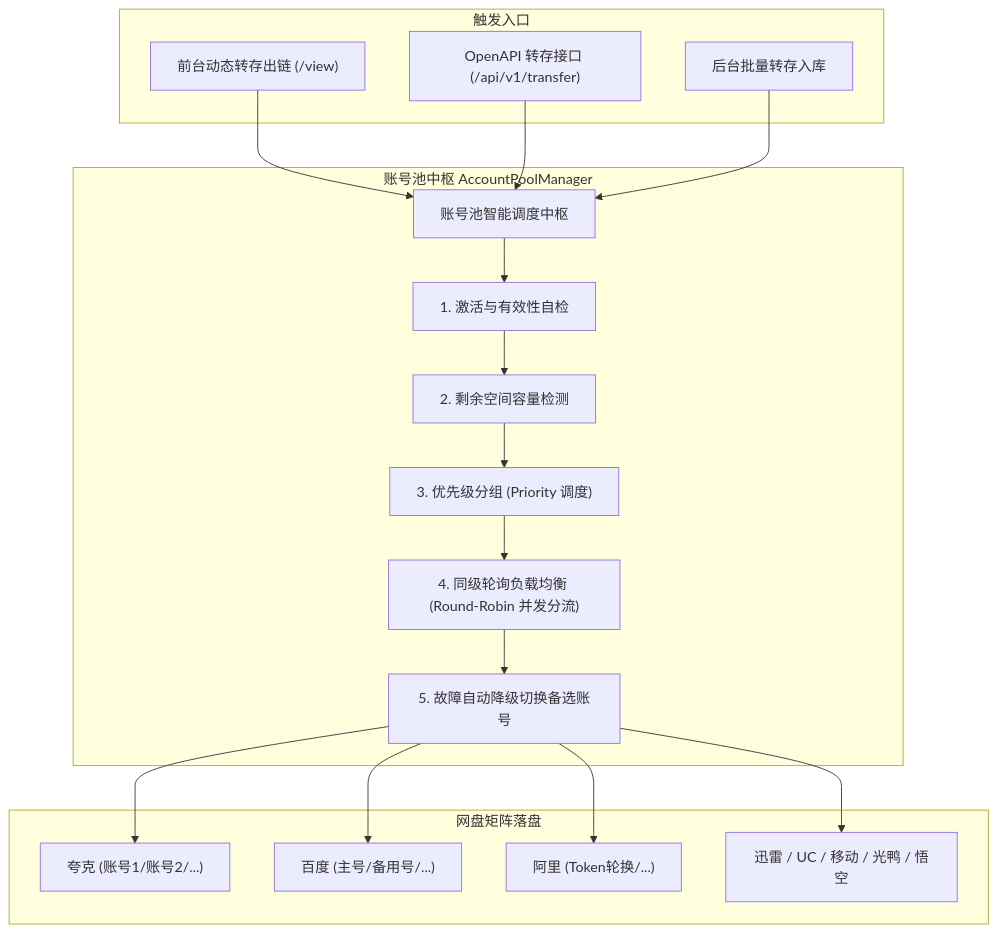
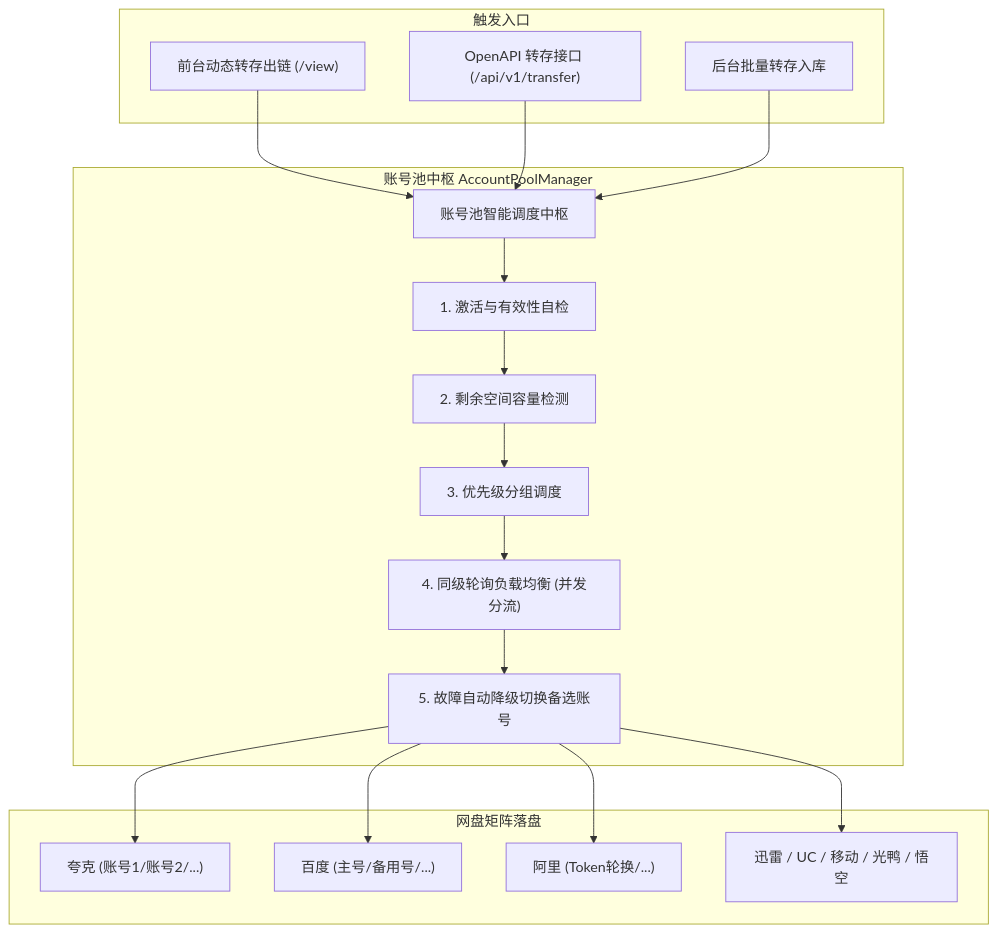
Before and after one commit to ucmao/pan-relay: the diagram in README.md, drawn with Mermaid. The commit also changed other lines of this file and 26 other files, not shown here.

````diff
--- a/README.md
+++ b/README.md
@@ -62,26 +62,26 @@
 ```mermaid
 flowchart TD
     subgraph 触发入口
         A1["前台动态转存出链 (/view)"]
         A2["OpenAPI 转存接口 (/api/v1/transfer)"]
         A3["后台批量转存入库"]
     end
 
     subgraph 账号池中枢 AccountPoolManager
         A1 --> Core["账号池智能调度中枢"]
         A2 --> Core
         A3 --> Core
         Core --> F1["1. 激活与有效性自检"]
         F1 --> F2["2. 剩余空间容量检测"]
-        F2 --> F3["3. 优先级分组 (Priority 调度)"]
-        F3 --> F4["4. 同级轮询负载均衡 (Round-Robin 并发分流)"]
+        F2 --> F3["3. 优先级分组调度"]
+        F3 --> F4["4. 同级轮询负载均衡 (并发分流)"]
         F4 --> F5["5. 故障自动降级切换备选账号"]
     end
 
     subgraph 网盘矩阵落盘
         F5 --> Q["夸克 (账号1/账号2/...)"]
         F5 --> B["百度 (主号/备用号/...)"]
         F5 --> A["阿里 (Token轮换/...)"]
         F5 --> X["迅雷 / UC / 移动 / 光鸭 / 悟空"]
     end
 ```
````
